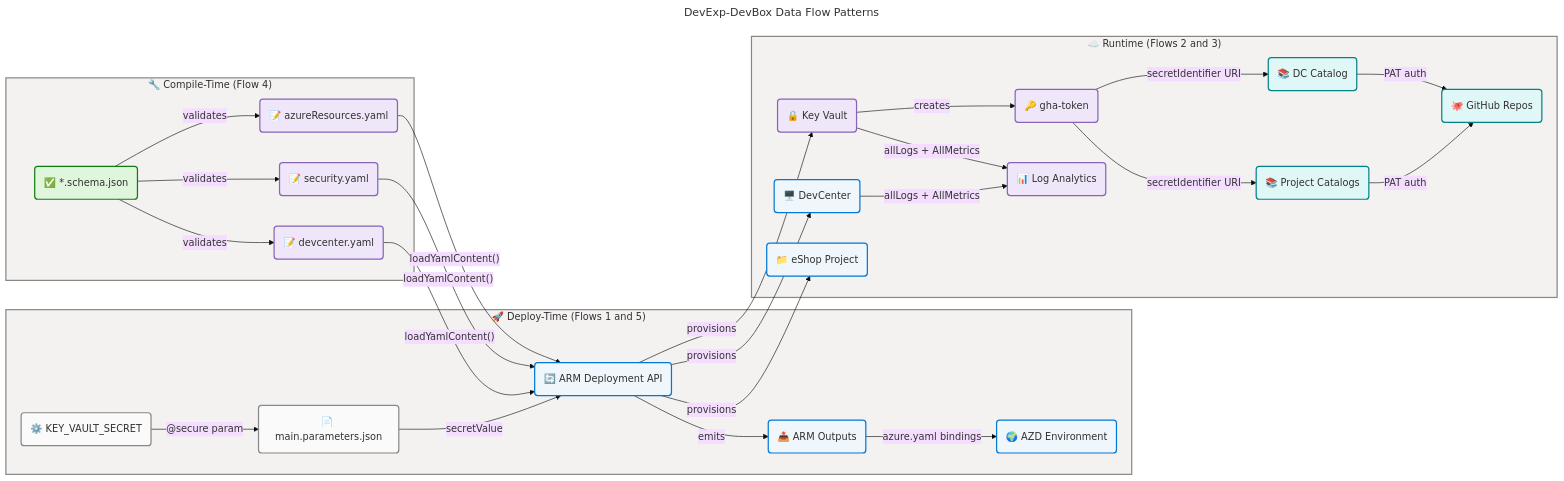
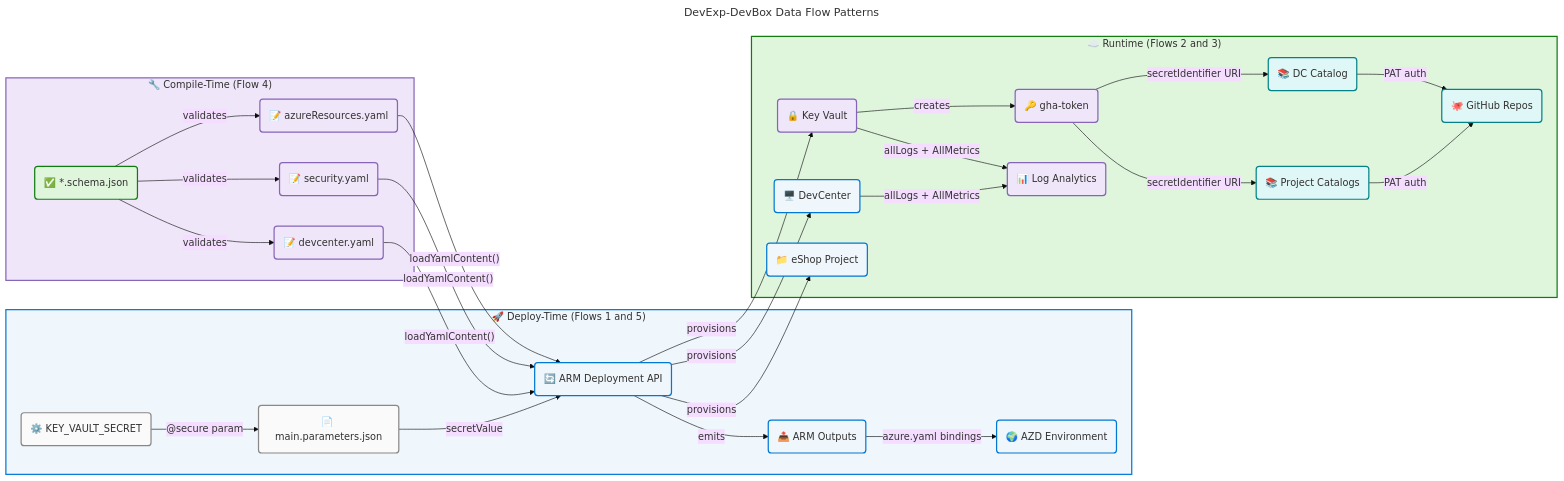
The fourth of 5 diagrams in docs/architecture/data-architecture.md (Evilazaro/DevExp-DevBox), drawn with Mermaid before and after one commit. The commit also changed other lines of this file, not shown here.

Commit message:
refactor: Remove data quality scorecard and coverage summary for improved clarity in data architecture documentation

````diff
--- a/docs/architecture/data-architecture.md
+++ b/docs/architecture/data-architecture.md
@@ -1090,8 +1070,8 @@
     classDef external fill:#E0F7F7,stroke:#038387,stroke-width:2px,color:#323130
     classDef neutral fill:#FAFAFA,stroke:#8A8886,stroke-width:2px,color:#323130
 
-    %% Subgraph style directives
-    style compiletime fill:#F3F2F1,stroke:#8A8886,stroke-width:2px,color:#323130
-    style deploy fill:#F3F2F1,stroke:#8A8886,stroke-width:2px,color:#323130
-    style runtime fill:#F3F2F1,stroke:#8A8886,stroke-width:2px,color:#323130
+    %% Subgraph style directives (MRM-C001: functional siblings use distinct semantic colors)
+    style compiletime fill:#F0E6FA,stroke:#8764B8,stroke-width:2px,color:#323130
+    style deploy fill:#EFF6FC,stroke:#0078D4,stroke-width:2px,color:#323130
+    style runtime fill:#DFF6DD,stroke:#107C10,stroke-width:2px,color:#323130
 ```
````
